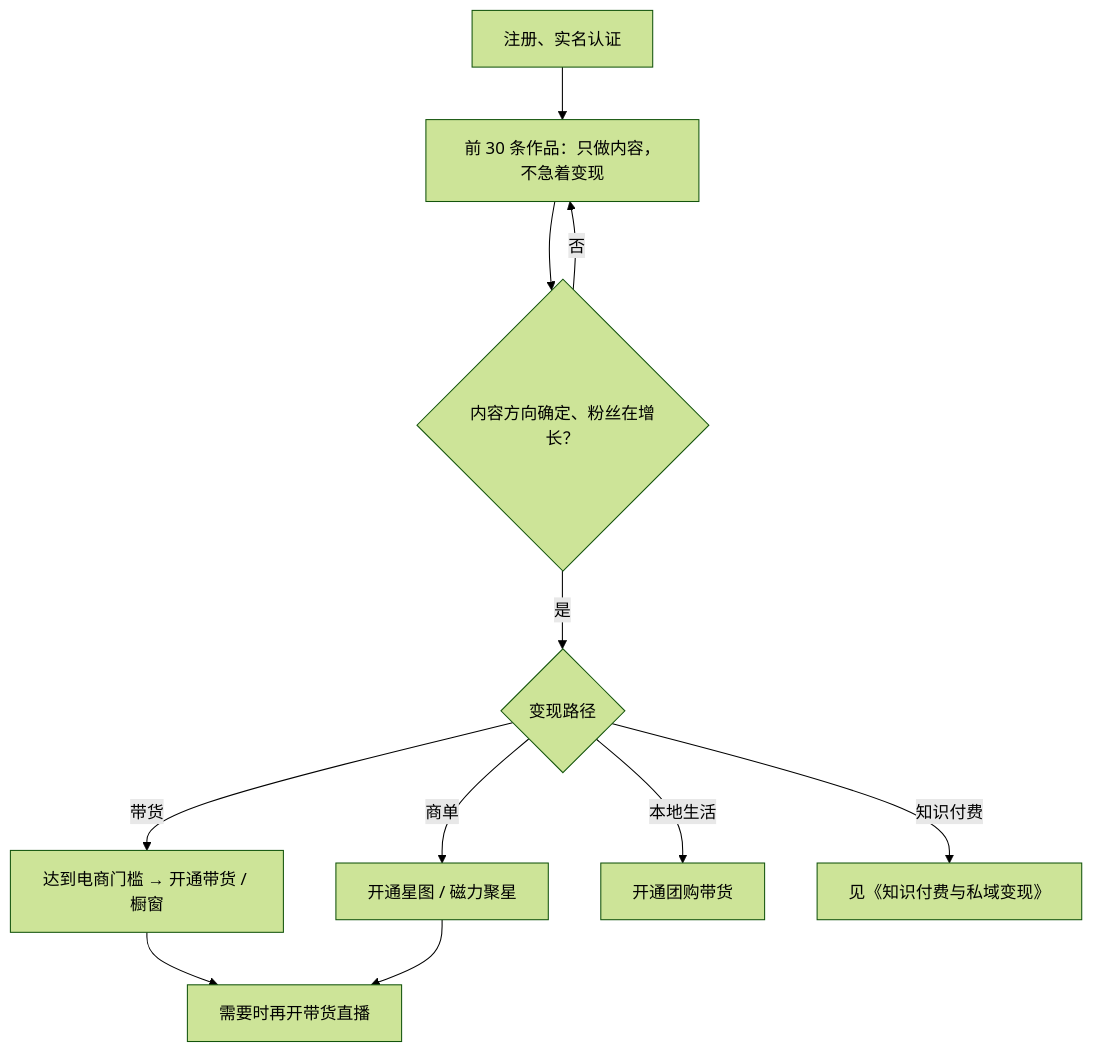
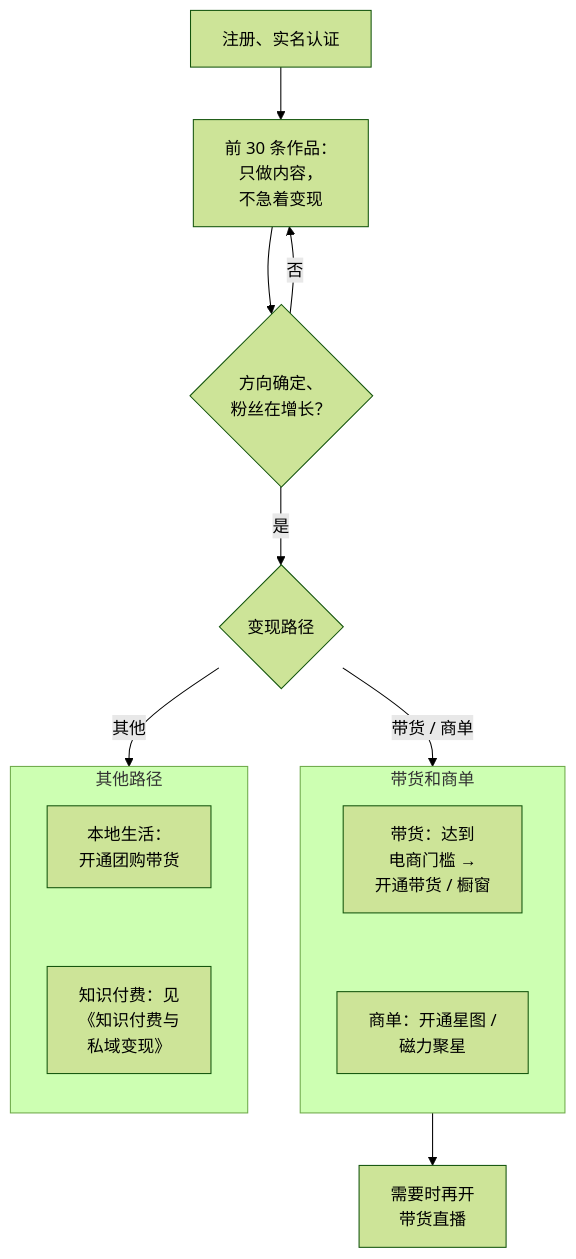
The diagram in books/douyin-kuaishou/06-permissions.md (jarvis-pro/hatch-shelf), drawn with Mermaid (forest theme) before and after one commit. The commit also changed 432 other files, not shown here.

````diff
--- a/books/douyin-kuaishou/06-permissions.md
+++ b/books/douyin-kuaishou/06-permissions.md
@@ -129,13 +129,18 @@
 ```mermaid
 flowchart TD
-  A["注册、实名认证"] --> B["前 30 条作品：只做内容，不急着变现"]
-  B --> C{"内容方向确定、粉丝在增长？"}
+  A["注册、实名认证"] --> B["前 30 条作品：<br/>只做内容，<br/>不急着变现"]
+  B --> C{"方向确定、<br/>粉丝在增长？"}
   C -->|"否"| B
   C -->|"是"| D{"变现路径"}
-  D -->|"带货"| E["达到电商门槛 → 开通带货 / 橱窗"]
-  D -->|"商单"| F["开通星图 / 磁力聚星"]
-  D -->|"本地生活"| G["开通团购带货"]
-  D -->|"知识付费"| H["见《知识付费与私域变现》"]
-  E --> I["需要时再开带货直播"]
-  F --> I
+  D -->|"带货 / 商单"| MAIN
+  D -->|"其他"| OT
+  subgraph MAIN["带货和商单"]
+    direction TB
+    E["带货：达到<br/>电商门槛 →<br/>开通带货 / 橱窗"] ~~~ F["商单：开通星图 /<br/>磁力聚星"]
+  end
+  subgraph OT["其他路径"]
+    direction TB
+    G["本地生活：<br/>开通团购带货"] ~~~ H["知识付费：见<br/>《知识付费与<br/>私域变现》"]
+  end
+  MAIN --> I["需要时再开<br/>带货直播"]
 ```
````
